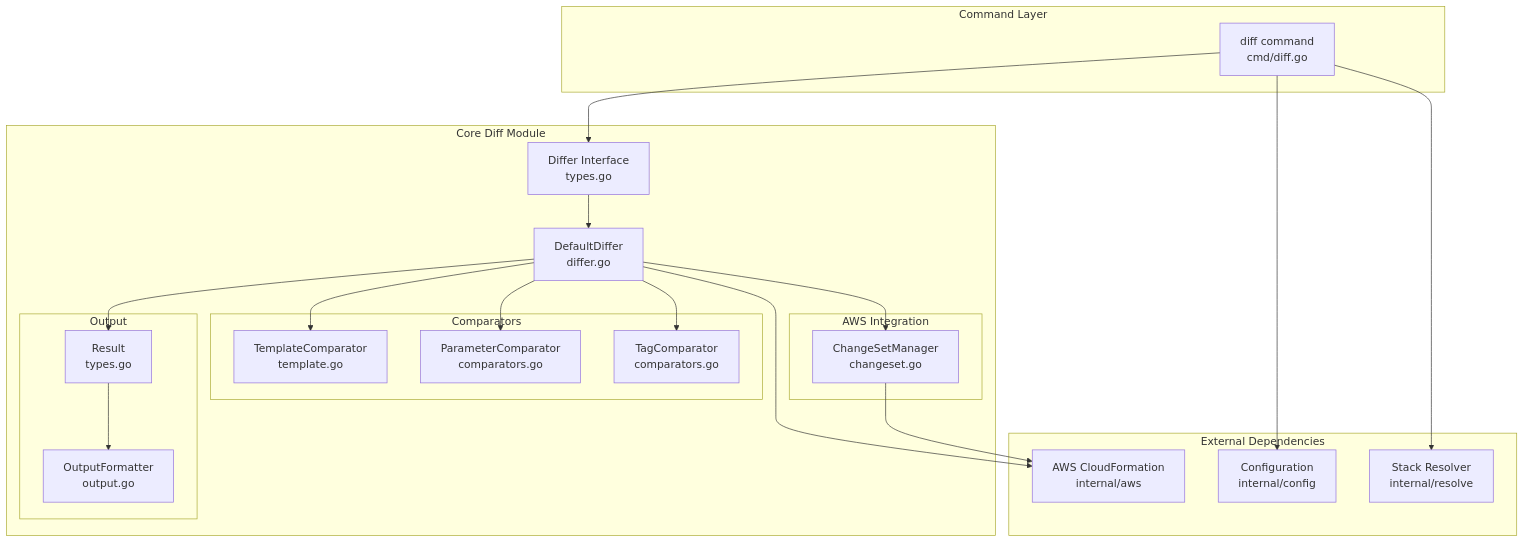
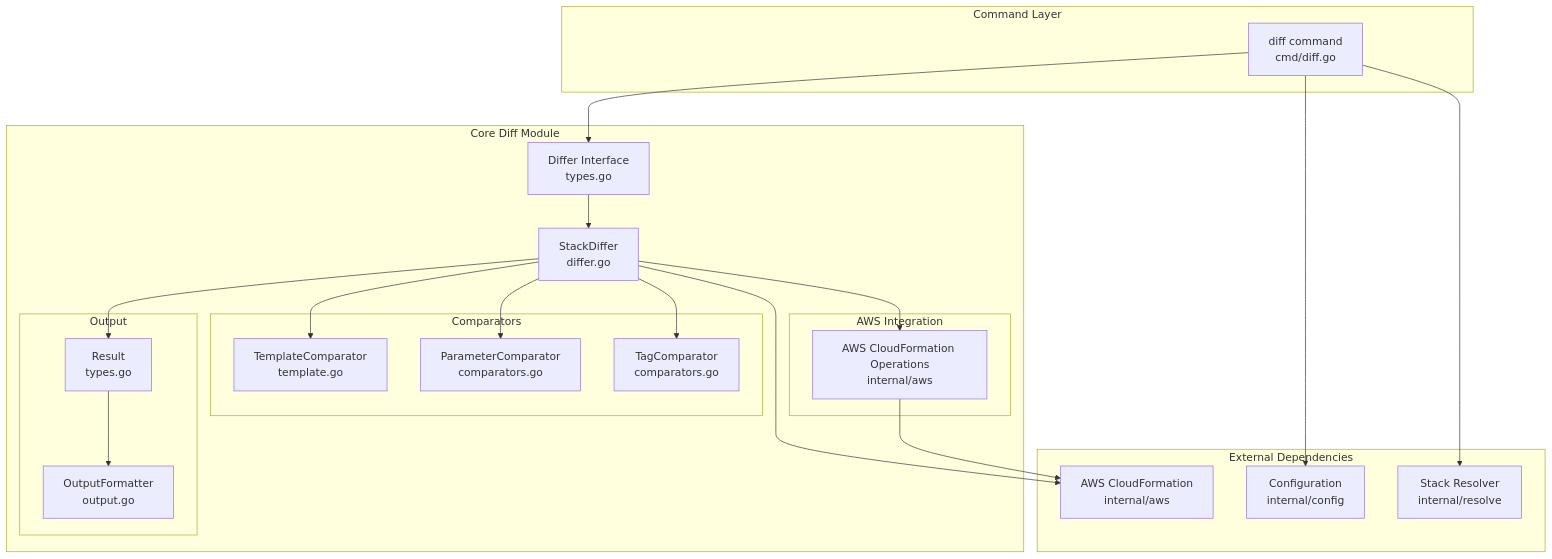
The first of 10 diagrams in docs/architecture/diff.md (orien/stackaroo), drawn with Mermaid before and after one commit. The commit also changed other lines of this file and 2 other files, not shown here.

First line of the commit message:
docs: fix struct names and add deploy module architecture

````diff
--- a/docs/architecture/diff.md
+++ b/docs/architecture/diff.md
@@ -9,46 +9,46 @@
 ```mermaid
 graph TB
     subgraph "Command Layer"
         CLI[diff command<br/>cmd/diff.go]
     end
     
     subgraph "Core Diff Module"
         DI[Differ Interface<br/>types.go]
-        DD[DefaultDiffer<br/>differ.go]
+        DD[StackDiffer<br/>differ.go]
         
         subgraph "Comparators"
             TC[TemplateComparator<br/>template.go]
             PC[ParameterComparator<br/>comparators.go]
             TagC[TagComparator<br/>comparators.go]
         end
         
         subgraph "Output"
             OF[OutputFormatter<br/>output.go]
             RES[Result<br/>types.go]
         end
         
         subgraph "AWS Integration"
-            CSM[ChangeSetManager<br/>changeset.go]
+            AWS_OPS[AWS CloudFormation Operations<br/>internal/aws]
         end
     end
     
     subgraph "External Dependencies"
         AWS[AWS CloudFormation<br/>internal/aws]
         CFG[Configuration<br/>internal/config]
         RES_PKG[Stack Resolver<br/>internal/resolve]
     end
     
     CLI --> DI
     DI --> DD
     DD --> TC
     DD --> PC
     DD --> TagC
-    DD --> CSM
+    DD --> AWS_OPS
     DD --> RES
     RES --> OF
     
     DD --> AWS
     CLI --> CFG
     CLI --> RES_PKG
-    CSM --> AWS
+    AWS_OPS --> AWS
 ```
````
